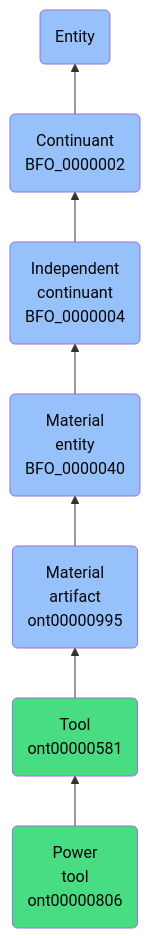
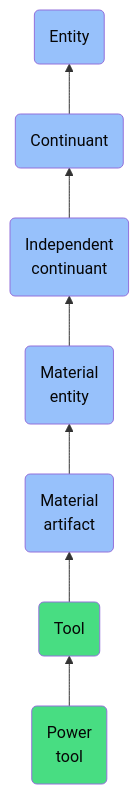
Before and after one commit to jupyter-naas/abi: the diagram in docs/ontology/reference/model/Entity/Continuant/Independent continuant/Material entity/Material artifact/Tool/Power tool/Power tool.md, drawn with Mermaid. The commit also changed other lines of this file and 1430 other files, not shown here.

````diff
--- a/docs/ontology/reference/model/Entity/Continuant/Independent continuant/Material entity/Material artifact/Tool/Power tool/Power tool.md
+++ b/docs/ontology/reference/model/Entity/Continuant/Independent continuant/Material entity/Material artifact/Tool/Power tool/Power tool.md
@@ -24,14 +24,14 @@
 ```mermaid
 graph BT
-    ont00000806(Power<br>tool<br>ont00000806):::ABI-->ont00000581
-    ont00000581(Tool<br>ont00000581):::ABI-->ont00000995
-    ont00000995(Material<br>artifact<br>ont00000995):::BFO-->BFO_0000040
-    BFO_0000040(Material<br>entity<br>BFO_0000040):::BFO-->BFO_0000004
-    BFO_0000004(Independent<br>continuant<br>BFO_0000004):::BFO-->BFO_0000002
-    BFO_0000002(Continuant<br>BFO_0000002):::BFO-->BFO_0000001
+    ont00000806(Power<br>tool):::ABI-->ont00000581
+    ont00000581(Tool):::ABI-->ont00000995
+    ont00000995(Material<br>artifact):::BFO-->BFO_0000040
+    BFO_0000040(Material<br>entity):::BFO-->BFO_0000004
+    BFO_0000004(Independent<br>continuant):::BFO-->BFO_0000002
+    BFO_0000002(Continuant):::BFO-->BFO_0000001
     BFO_0000001(Entity):::BFO
     
     classDef BFO fill:#97c1fb,color:#060606
     classDef CCO fill:#e4c51e,color:#060606
     classDef ABI fill:#48DD82,color:#060606
 ```
````
